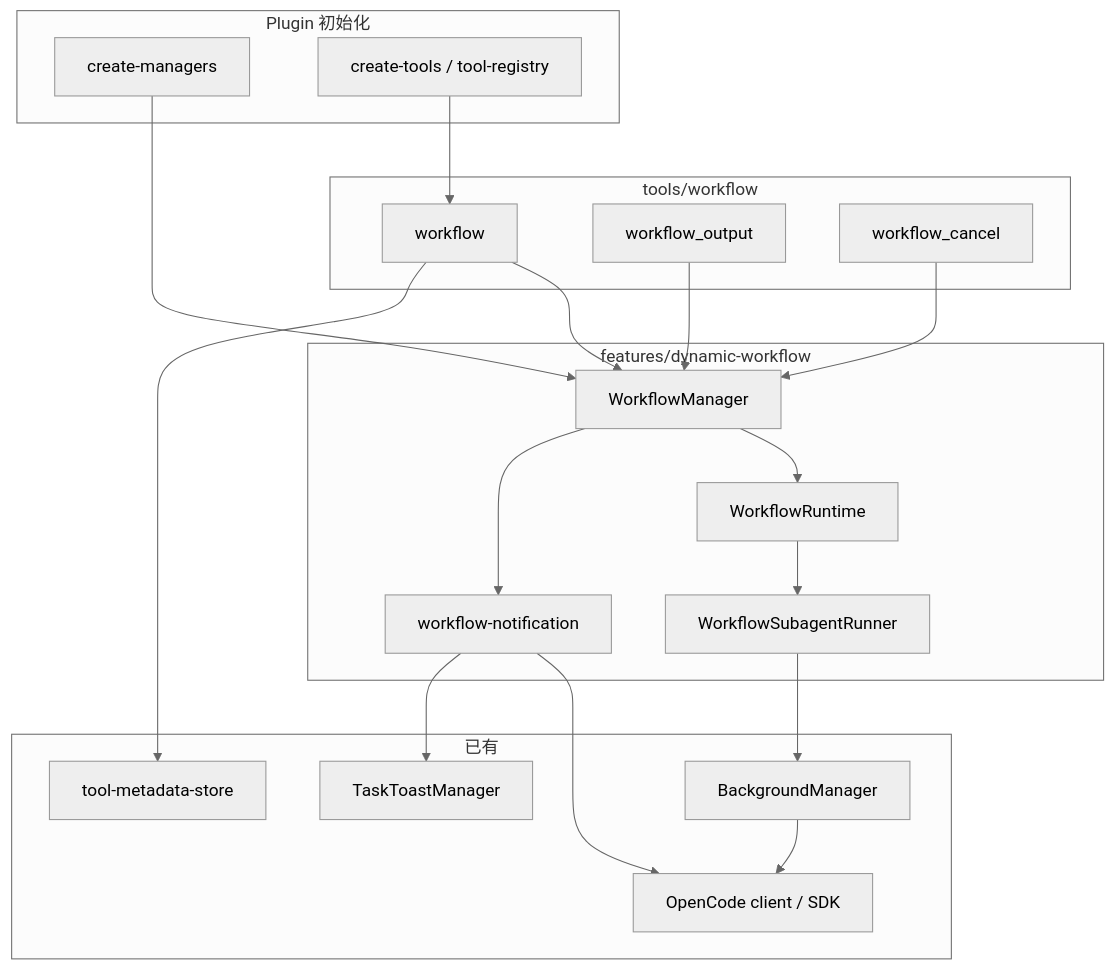
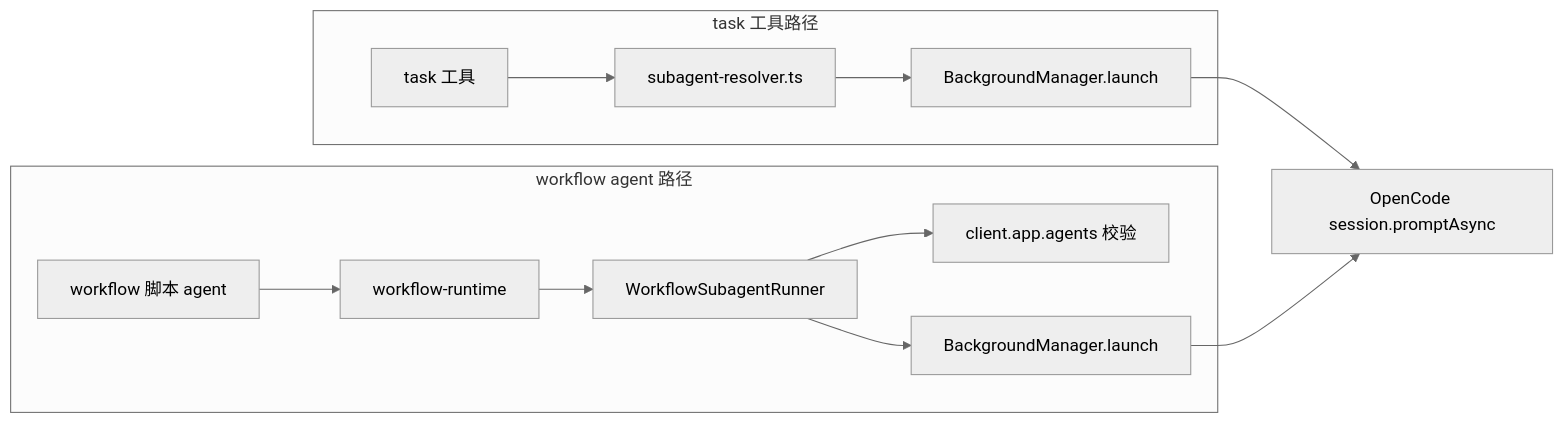
Before and after one commit to Arlen122/oh-my-openagent: the third of 10 diagrams in docs/superpowers/specs/2026-06-03-dynamic-workflow-design.md, drawn with Mermaid (neutral theme). The commit also changed other lines of this file and 3 other files, not shown here.

````diff
--- a/docs/superpowers/specs/2026-06-03-dynamic-workflow-design.md
+++ b/docs/superpowers/specs/2026-06-03-dynamic-workflow-design.md
@@ -138,41 +101,17 @@
 ```mermaid
-flowchart TB
-  subgraph plugin [Plugin 初始化]
-    CM[create-managers]
-    CT[create-tools / tool-registry]
+flowchart LR
+  subgraph taskPath ["task 工具路径"]
+    T[task 工具] --> SR[subagent-resolver.ts]
+    SR --> BM1[BackgroundManager.launch]
   end
 
-  subgraph tools [tools/workflow]
-    W[workflow]
-    WO[workflow_output]
-    WC[workflow_cancel]
+  subgraph wfPath ["workflow agent 路径"]
+    W[workflow 脚本 agent] --> RT[workflow-runtime]
+    RT --> WSR[WorkflowSubagentRunner]
+    WSR --> AGENTS[client.app.agents 校验]
+    WSR --> BM2[BackgroundManager.launch]
   end
 
-  subgraph feature [features/dynamic-workflow]
-    WM[WorkflowManager]
-    RT[WorkflowRuntime]
-    SR[WorkflowSubagentRunner]
-    NC[workflow-notification]
-  end
-
-  subgraph existing [已有]
-    BM[BackgroundManager]
-    TMS[tool-metadata-store]
-    TTM[TaskToastManager]
-    SDK[OpenCode client / SDK]
-  end
-
-  CM --> WM
-  CT --> W
-  W --> WM
-  WO --> WM
-  WC --> WM
-  WM --> RT
-  RT --> SR
-  SR --> BM
-  BM --> SDK
-  WM --> NC
-  NC --> SDK
-  NC --> TTM
-  W --> TMS
+  BM1 --> SDK[OpenCode session.promptAsync]
+  BM2 --> SDK
 ```
````
